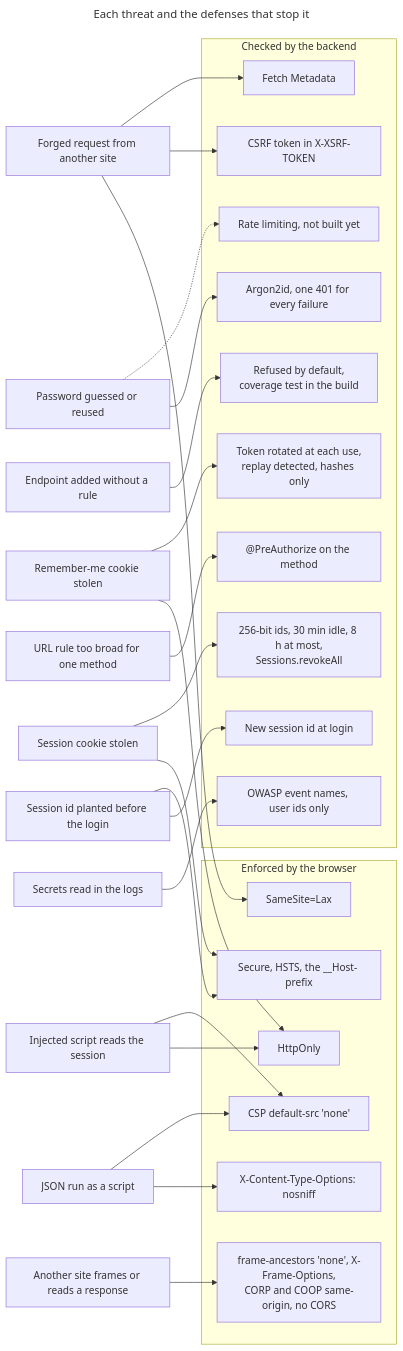
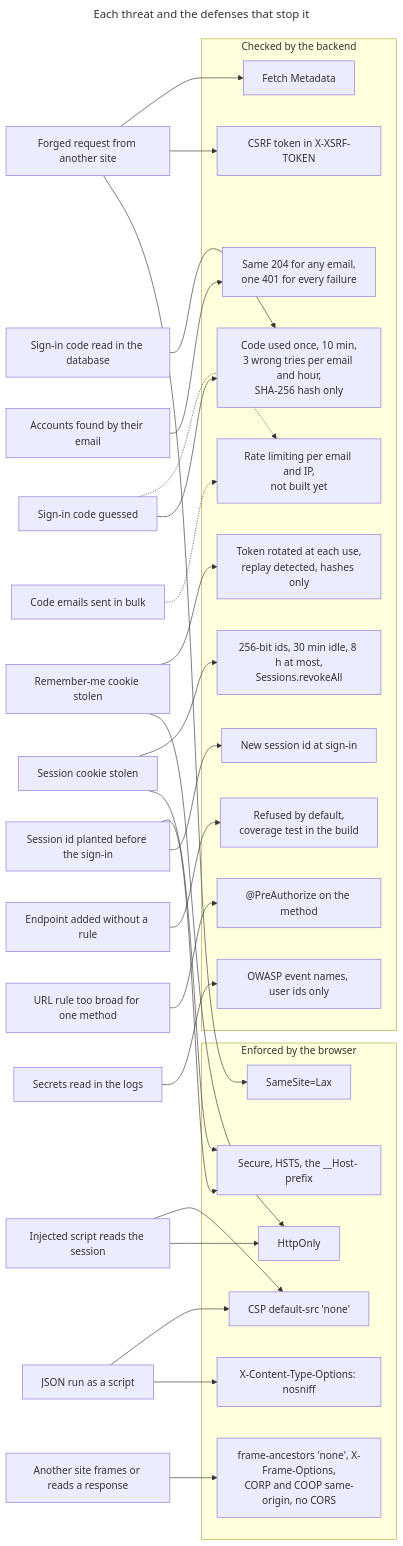
One commit to mboisnard/drinkit changed the second of 8 diagrams in docs/src/engineering/security/principles.md. Above: the diagram before and after it, drawn with Mermaid. The commit also changed other lines of this file and 13 other files, not shown here.

Commit message:
[DOCUMENTATION] Explain the sign-in by a code sent by email, and where each piece lives (#586)

````diff
--- a/docs/src/engineering/security/principles.md
+++ b/docs/src/engineering/security/principles.md
@@ -52,49 +56,56 @@
 ```mermaid
 ---
 title: Each threat and the defenses that stop it
 ---
 flowchart LR
   forged["Forged request from another site"]
   xss["Injected script reads the session"]
-  fixation["Session id planted before the login"]
+  fixation["Session id planted before the sign-in"]
   stolenSession["Session cookie stolen"]
   stolenRemember["Remember-me cookie stolen"]
-  guessed["Password guessed or reused"]
+  guessed["Sign-in code guessed"]
+  dumped["Sign-in code read in the database"]
+  enumerated["Accounts found by their email"]
+  flooded["Code emails sent in bulk"]
   framed["Another site frames or reads a response"]
   sniffed["JSON run as a script"]
   unruled["Endpoint added without a rule"]
   broad["URL rule too broad for one method"]
   logs["Secrets read in the logs"]
   subgraph browserSide["Enforced by the browser"]
     samesite["SameSite=Lax"]
     httponly["HttpOnly"]
     transport["Secure, HSTS, the __Host- prefix"]
     csp["CSP default-src 'none'"]
     nosniff["X-Content-Type-Options: nosniff"]
     origin["frame-ancestors 'none', X-Frame-Options,<br/>CORP and COOP same-origin, no CORS"]
   end
   subgraph backendSide["Checked by the backend"]
     token["CSRF token in X-XSRF-TOKEN"]
     fetch["Fetch Metadata"]
-    newId["New session id at login"]
+    newId["New session id at sign-in"]
     lifetime["256-bit ids, 30 min idle, 8 h at most,<br/>Sessions.revokeAll"]
     rotation["Token rotated at each use,<br/>replay detected, hashes only"]
-    argon["Argon2id, one 401 for every failure"]
-    rateLimit["Rate limiting, not built yet"]
+    codeLimits["Code used once, 10 min,<br/>3 wrong tries per email and hour,<br/>SHA-256 hash only"]
+    sameAnswer["Same 204 for any email,<br/>one 401 for every failure"]
+    rateLimit["Rate limiting per email and IP,<br/>not built yet"]
     deny["Refused by default,<br/>coverage test in the build"]
     preAuthorize["@PreAuthorize on the method"]
     vocabulary["OWASP event names, user ids only"]
   end
   forged --> samesite & token & fetch
   xss --> httponly & csp
   fixation --> newId & transport
   stolenSession --> transport & lifetime
   stolenRemember --> httponly & rotation
-  guessed --> argon
+  guessed --> codeLimits
   guessed -.-> rateLimit
+  dumped --> codeLimits
+  enumerated --> sameAnswer
+  flooded -.-> rateLimit
   framed --> origin
   sniffed --> nosniff & csp
   unruled --> deny
   broad --> preAuthorize
   logs --> vocabulary
 ```
````
